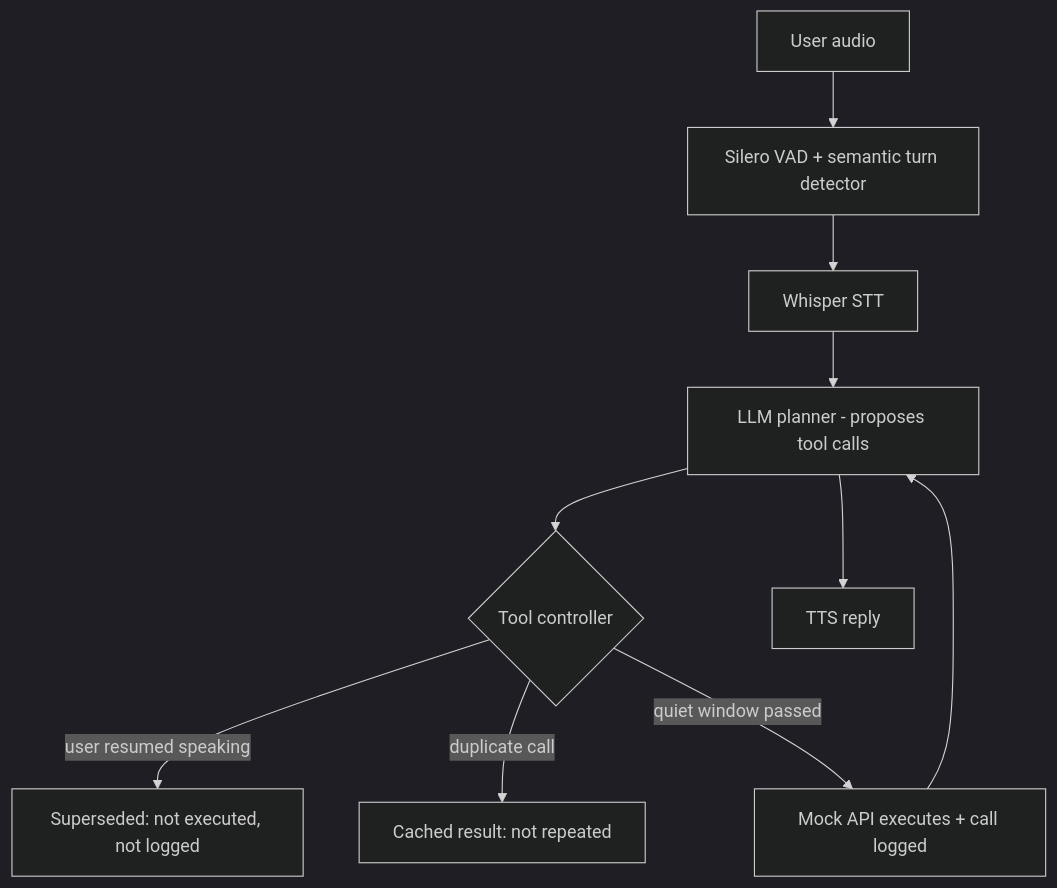
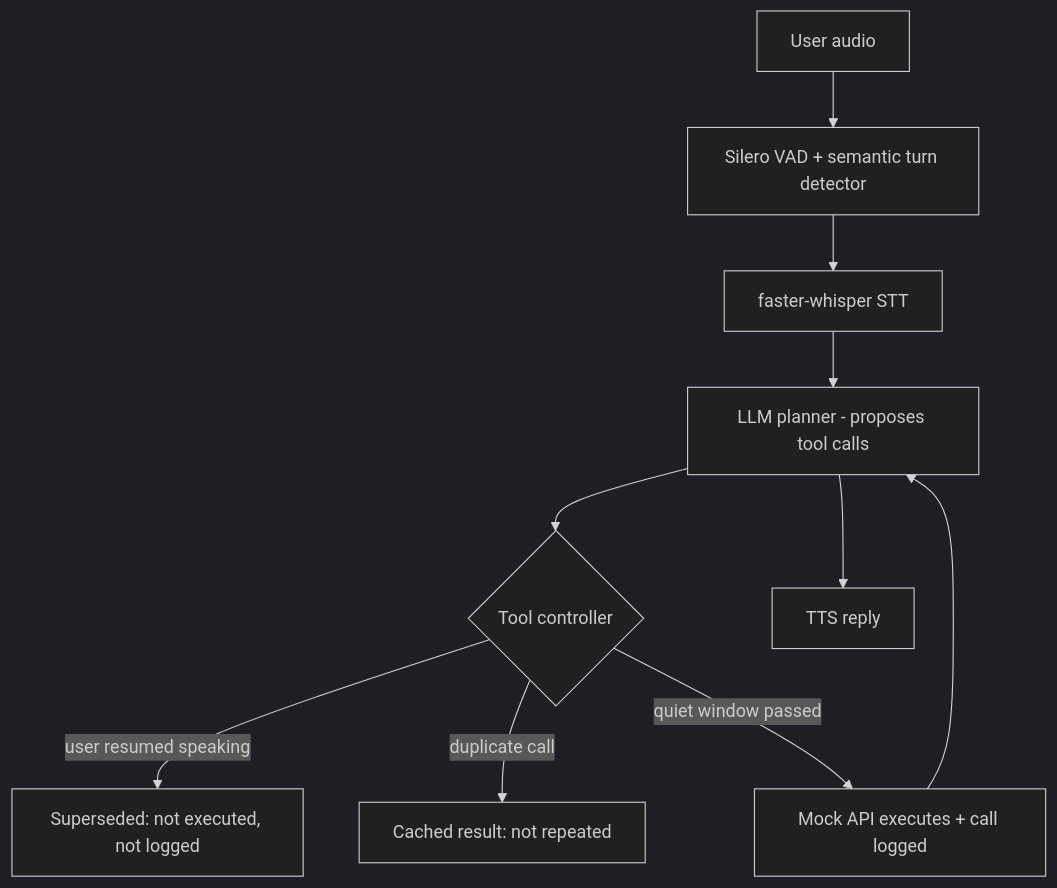
The diagram in README.md (Aiyana-Sehgal/Prism_Samsung_Theme_5), drawn with Mermaid (dark theme) before and after one commit. The commit also changed other lines of this file and 6 other files, not shown here.

````diff
--- a/README.md
+++ b/README.md
@@ -49,12 +29,12 @@
 ```mermaid
 flowchart TD
     A[User audio] --> B[Silero VAD + semantic turn detector]
-    B --> C[Whisper STT]
+    B --> C[faster-whisper STT]
     C --> D[LLM planner - proposes tool calls]
     D --> E{Tool controller}
     E -->|user resumed speaking| F[Superseded: not executed, not logged]
     E -->|duplicate call| G[Cached result: not repeated]
     E -->|quiet window passed| H[Mock API executes + call logged]
     H --> D
     D --> I[TTS reply]
 ```
````
